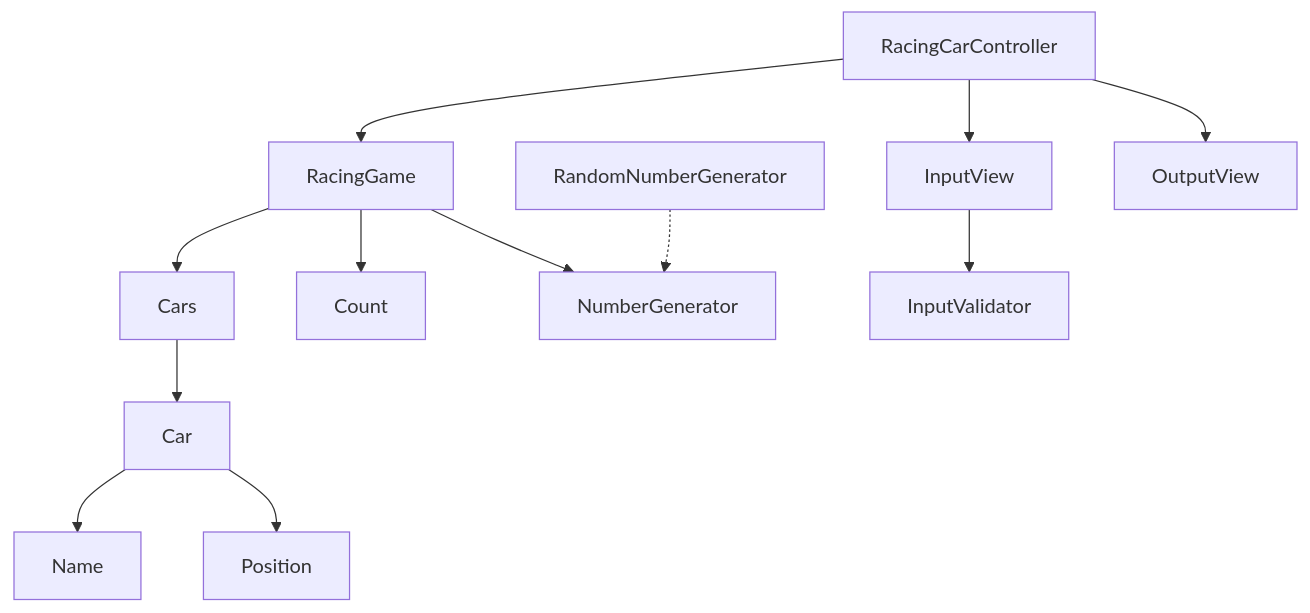
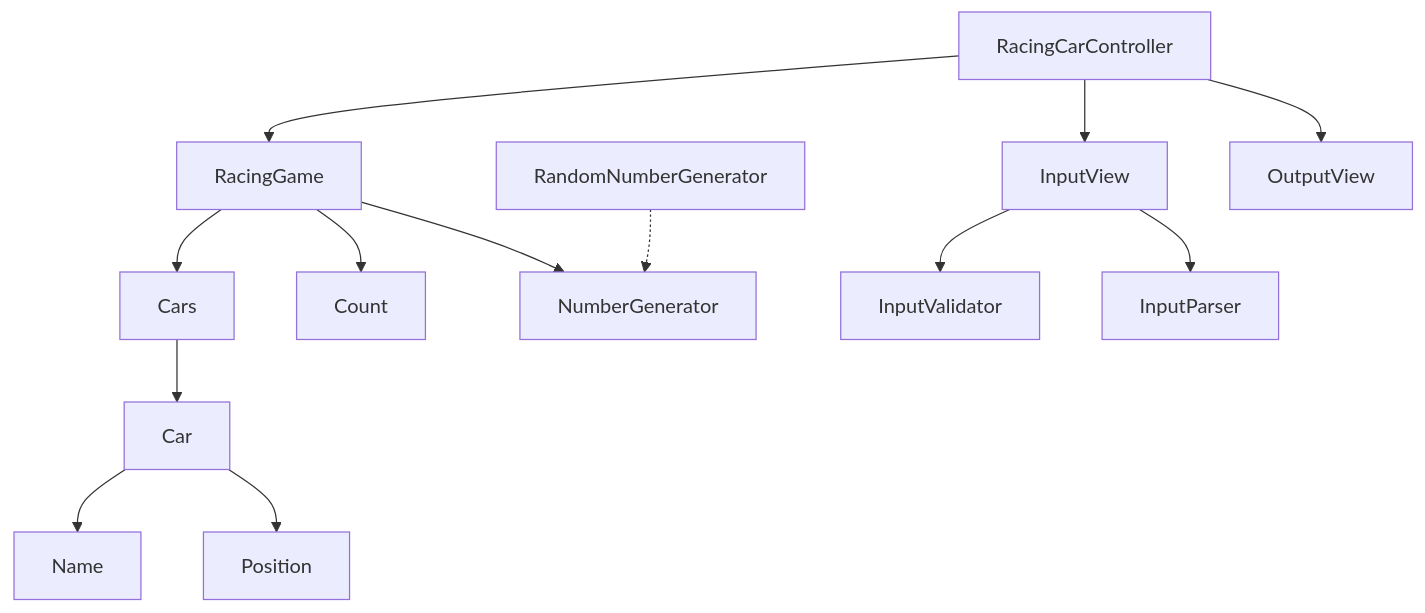
One commit to woowacourse/java-racingcar changed the diagram in README.md. Above: the diagram before and after it, drawn with Mermaid. The commit also changed 4 other files, not shown here.

Commit message:
feat: 값 파싱하는 책임을 가진 InputParser 클래스 추가

````diff
--- a/README.md
+++ b/README.md
@@ -7,14 +7,15 @@
 ```mermaid
 graph TD
     Cars --> Car
     Car --> Name
     Car --> Position
     RacingGame --> Count
     RacingGame --> NumberGenerator
     RacingGame --> Cars
     RacingCarController --> RacingGame
     RandomNumberGenerator -.-> NumberGenerator
     RacingCarController --> InputView
     InputView --> InputValidator
+    InputView --> InputParser
     RacingCarController --> OutputView
 ```
````
